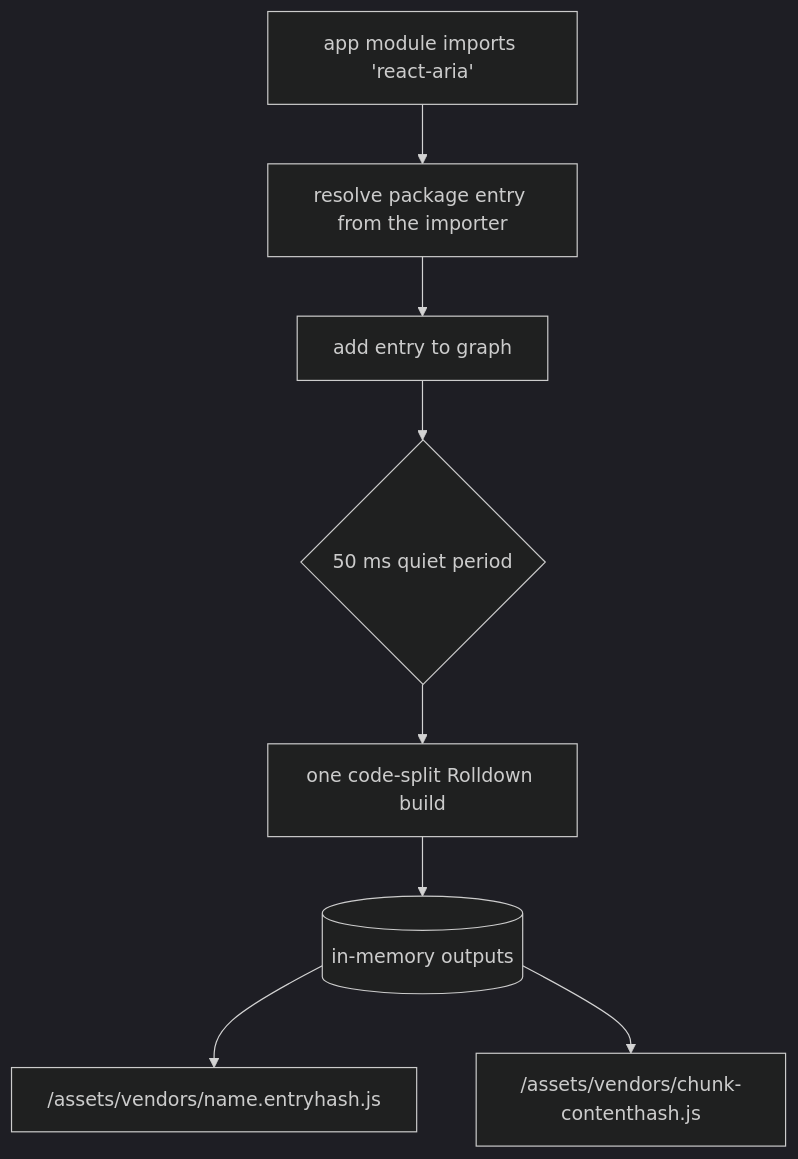
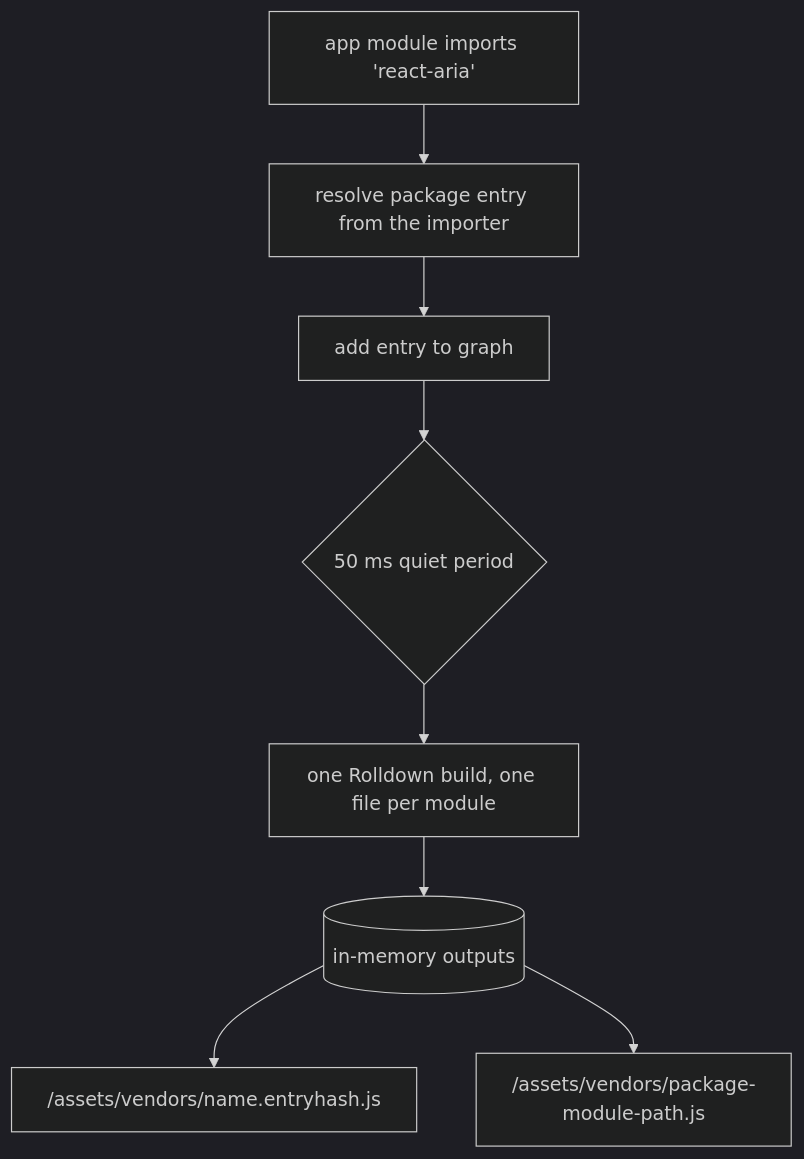
The second of 2 diagrams in apps/docs/src/content/dev/dev-server.mdx (ecopages/ecopages), drawn with Mermaid (dark theme) before and after one commit. The commit also changed other lines of this file and 27 other files, not shown here.

````diff
--- a/apps/docs/src/content/dev/dev-server.mdx
+++ b/apps/docs/src/content/dev/dev-server.mdx
@@ -90,10 +92,10 @@
 ```mermaid
 flowchart TD
   A["app module imports 'react-aria'"] --> R[resolve package entry from the importer]
   R --> E[add entry to graph]
   E --> Q{50 ms quiet period}
-  Q --> B[one code-split Rolldown build]
+  Q --> B[one Rolldown build, one file per module]
   B --> M[(in-memory outputs)]
   M --> U["/assets/vendors/name.entryhash.js"]
-  M --> C["/assets/vendors/chunk-contenthash.js"]
+  M --> C["/assets/vendors/package-module-path.js"]
 ```
````
